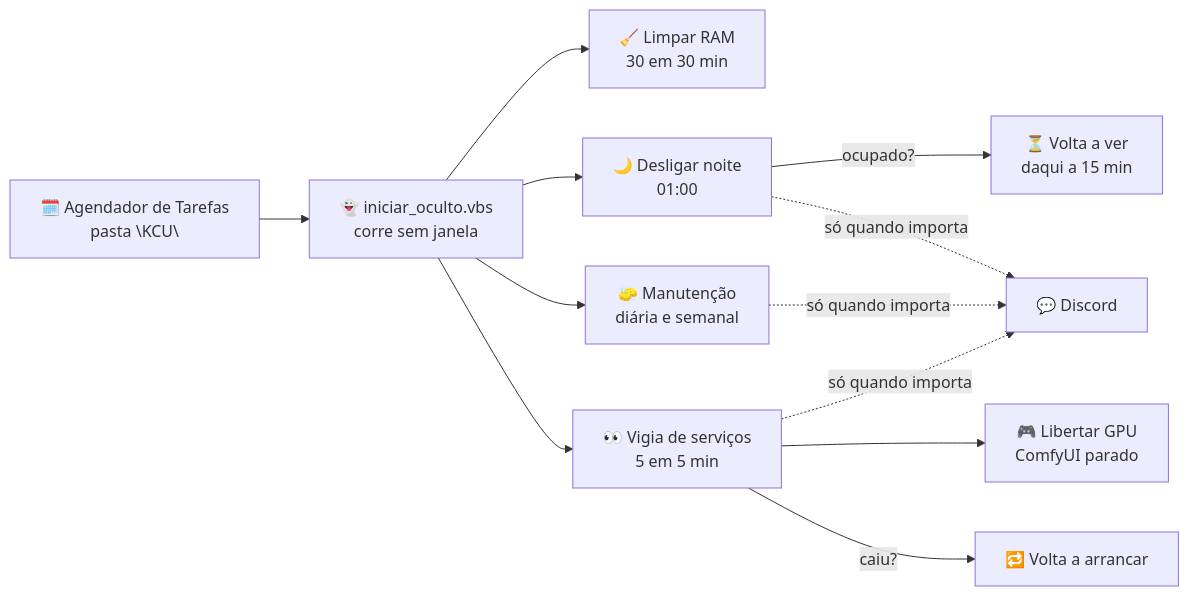
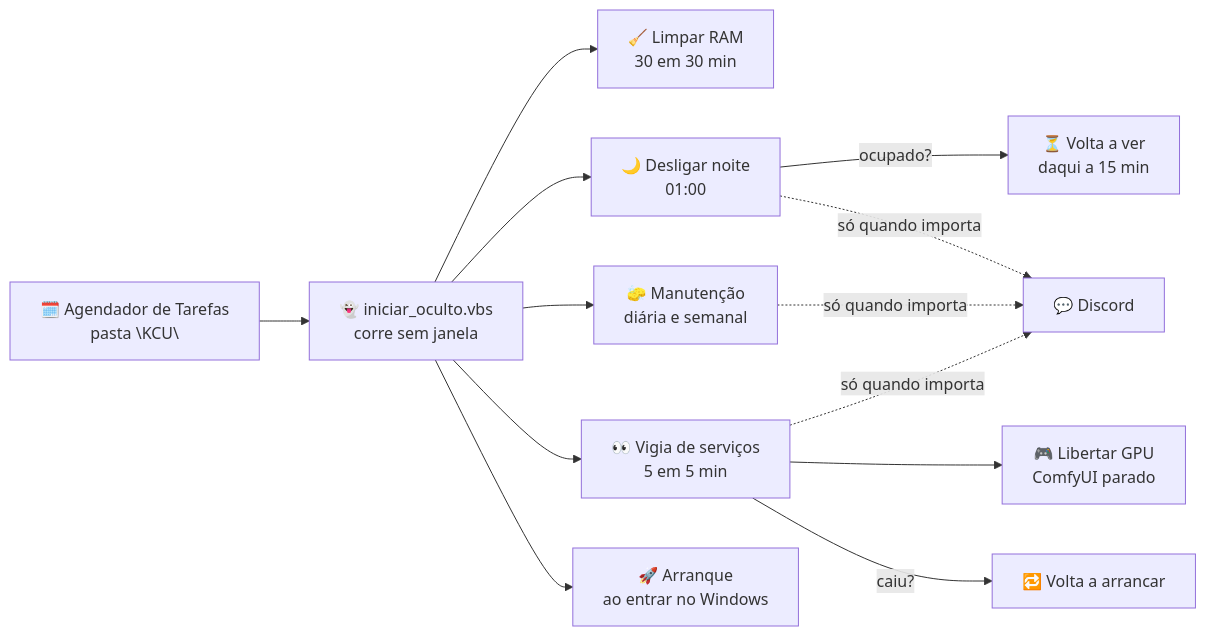
Before and after one commit to KCUServices/kcu-automaticos: the diagram in README.md, drawn with Mermaid. The commit also changed other lines of this file and 6 other files, not shown here.

Commit message:
Arranque de programas ao entrar no Windows; exemplos JSON corrigidos

````diff
--- a/README.md
+++ b/README.md
@@ -11,12 +11,13 @@
 ```mermaid
 flowchart LR
     agenda["🗓️ Agendador de Tarefas<br/>pasta \KCU\"] --> vbs["👻 iniciar_oculto.vbs<br/>corre sem janela"]
     vbs --> ram["🧹 Limpar RAM<br/>30 em 30 min"]
     vbs --> noite["🌙 Desligar noite<br/>01:00"]
     vbs --> manut["🧽 Manutenção<br/>diária e semanal"]
     vbs --> vigia["👀 Vigia de serviços<br/>5 em 5 min"]
+    vbs --> arr["🚀 Arranque<br/>ao entrar no Windows"]
     vigia --> gpu["🎮 Libertar GPU<br/>ComfyUI parado"]
     vigia -- "caiu?" --> rearr["🔁 Volta a arrancar"]
     noite -- "ocupado?" --> espera["⏳ Volta a ver<br/>daqui a 15 min"]
     noite & manut & vigia -. "só quando importa" .-> discord["💬 Discord"]
 ```
````
